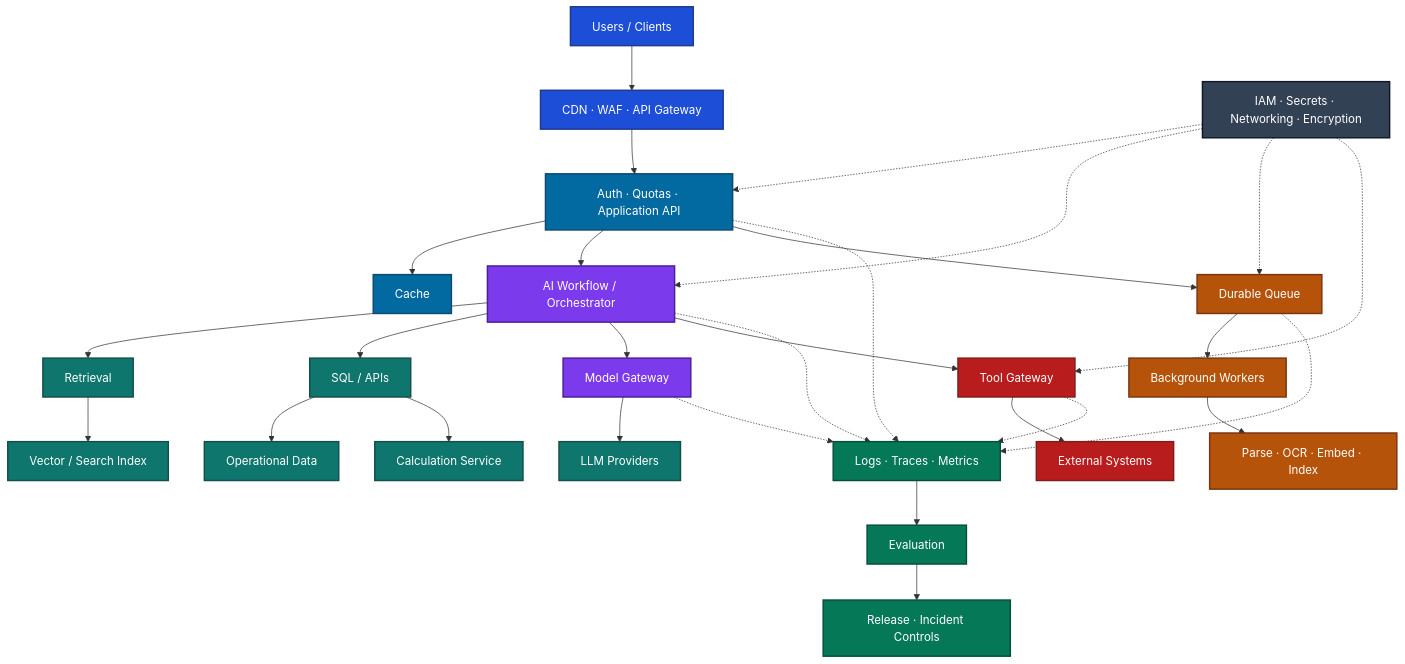
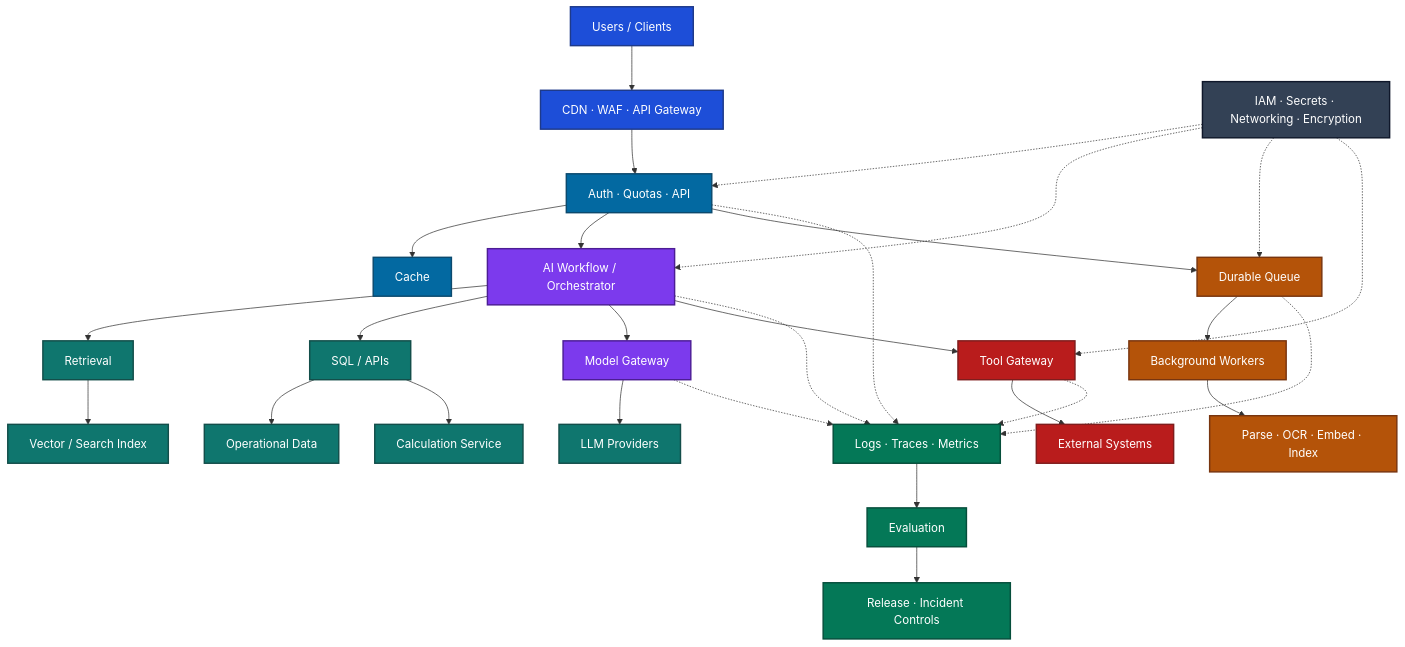
One commit to FinanceFlash/unvibecode changed the diagram in AI Engineering Cheatsheet/AI system design/AI_SYSTEM_DESIGN_PART_2.md. Above: the diagram before and after it, drawn with Mermaid.

````diff
--- a/AI Engineering Cheatsheet/AI system design/AI_SYSTEM_DESIGN_PART_2.md
+++ b/AI Engineering Cheatsheet/AI system design/AI_SYSTEM_DESIGN_PART_2.md
@@ -25,55 +25,55 @@
 ```mermaid
 flowchart TB
     U["Users / Clients"] --> EDGE["CDN · WAF · API Gateway"]
-    EDGE --> API["Auth · Quotas · Application API"]
+    EDGE --> API["Auth · Quotas · API"]
 
     API --> CACHE["Cache"]
     API --> FLOW["AI Workflow / Orchestrator"]
     API --> QUEUE["Durable Queue"]
 
     FLOW --> RET["Retrieval"]
     FLOW --> FACTS["SQL / APIs"]
     FLOW --> MODEL["Model Gateway"]
     FLOW --> TOOLS["Tool Gateway"]
 
     QUEUE --> WORK["Background Workers"]
     WORK --> INGEST["Parse · OCR · Embed · Index"]
 
     RET --> VDB["Vector / Search Index"]
     FACTS --> DB["Operational Data"]
     FACTS --> CALC["Calculation Service"]
     MODEL --> LLM["LLM Providers"]
     TOOLS --> EXT["External Systems"]
 
     API -.-> OBS["Logs · Traces · Metrics"]
     FLOW -.-> OBS
     QUEUE -.-> OBS
     MODEL -.-> OBS
     TOOLS -.-> OBS
 
     OBS --> EVAL["Evaluation"]
     EVAL --> OPS["Release · Incident Controls"]
 
     SEC["IAM · Secrets · Networking · Encryption"] -.-> API
     SEC -.-> FLOW
     SEC -.-> QUEUE
     SEC -.-> TOOLS
 
     classDef edge fill:#1d4ed8,stroke:#1e3a8a,stroke-width:2px,color:#ffffff;
     classDef app fill:#0369a1,stroke:#0c4a6e,stroke-width:2px,color:#ffffff;
     classDef ai fill:#7c3aed,stroke:#4c1d95,stroke-width:2px,color:#ffffff;
     classDef async fill:#b45309,stroke:#78350f,stroke-width:2px,color:#ffffff;
     classDef data fill:#0f766e,stroke:#134e4a,stroke-width:2px,color:#ffffff;
     classDef action fill:#b91c1c,stroke:#7f1d1d,stroke-width:2px,color:#ffffff;
     classDef ops fill:#047857,stroke:#064e3b,stroke-width:2px,color:#ffffff;
     classDef security fill:#334155,stroke:#0f172a,stroke-width:2px,color:#ffffff;
 
     class U,EDGE edge;
     class API,CACHE app;
     class FLOW,MODEL ai;
     class QUEUE,WORK,INGEST async;
     class RET,FACTS,VDB,DB,CALC,LLM data;
     class TOOLS,EXT action;
     class OBS,EVAL,OPS ops;
     class SEC security;
 ```
````
